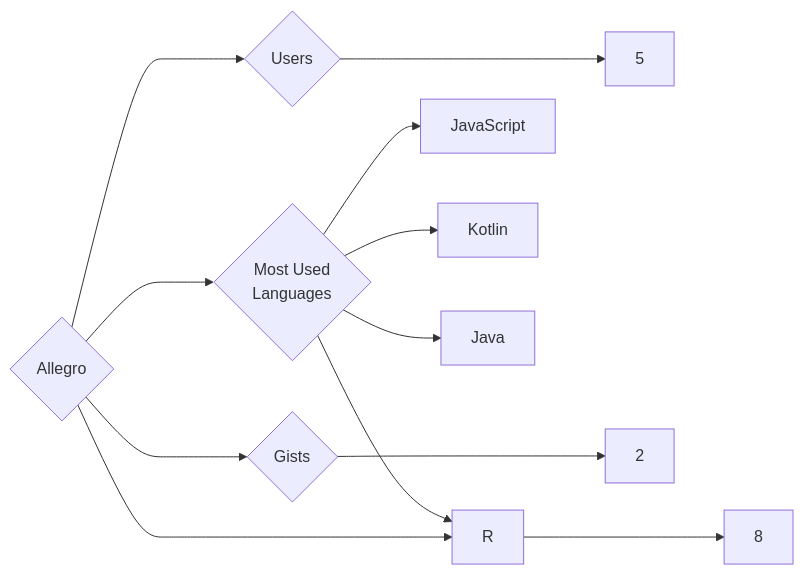
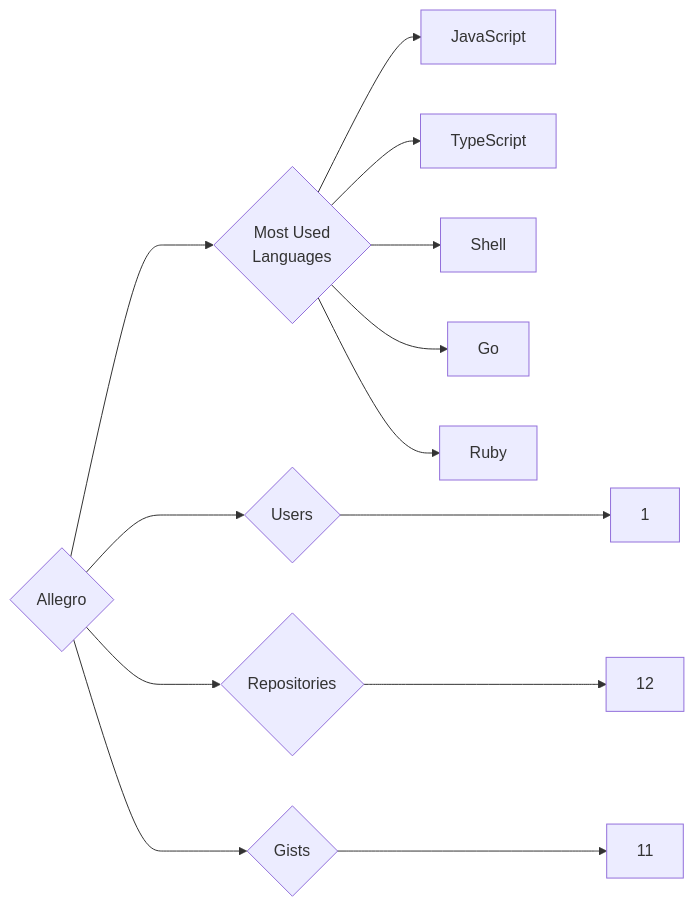
Before and after one commit to trickest/insiders: the diagram in targets/Allegro/README.md, drawn with Mermaid. The commit also changed 815 other files, not shown here.

````diff
--- a/targets/Allegro/README.md
+++ b/targets/Allegro/README.md
@@ -3,12 +3,13 @@
 ```mermaid
 graph LR
 COMPANY_NAME{Allegro}
-COMPANY_NAME ---> U{Users} ---> UN[5]
-COMPANY_NAME ---> R{Repositories} ---> RN[8]
-COMPANY_NAME ---> G{Gists} ---> GN[2]
+COMPANY_NAME ---> U{Users} ---> UN[1]
+COMPANY_NAME ---> R{Repositories} ---> RN[12]
+COMPANY_NAME ---> G{Gists} ---> GN[11]
 COMPANY_NAME ---> ML{Most Used<br>Languages}
 ML --> JavaScript[JavaScript]
-ML --> R[R]
-ML --> Kotlin[Kotlin]
-ML --> Java[Java]
+ML --> TypeScript[TypeScript]
+ML --> Shell[Shell]
+ML --> Go[Go]
+ML --> Ruby[Ruby]
 ```
````
